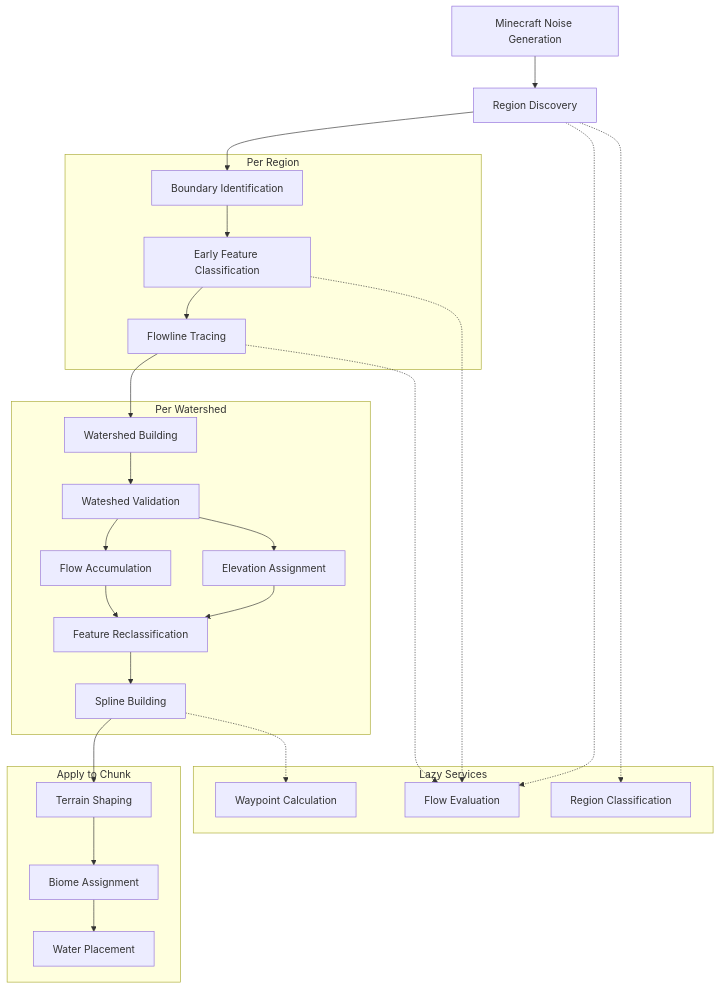
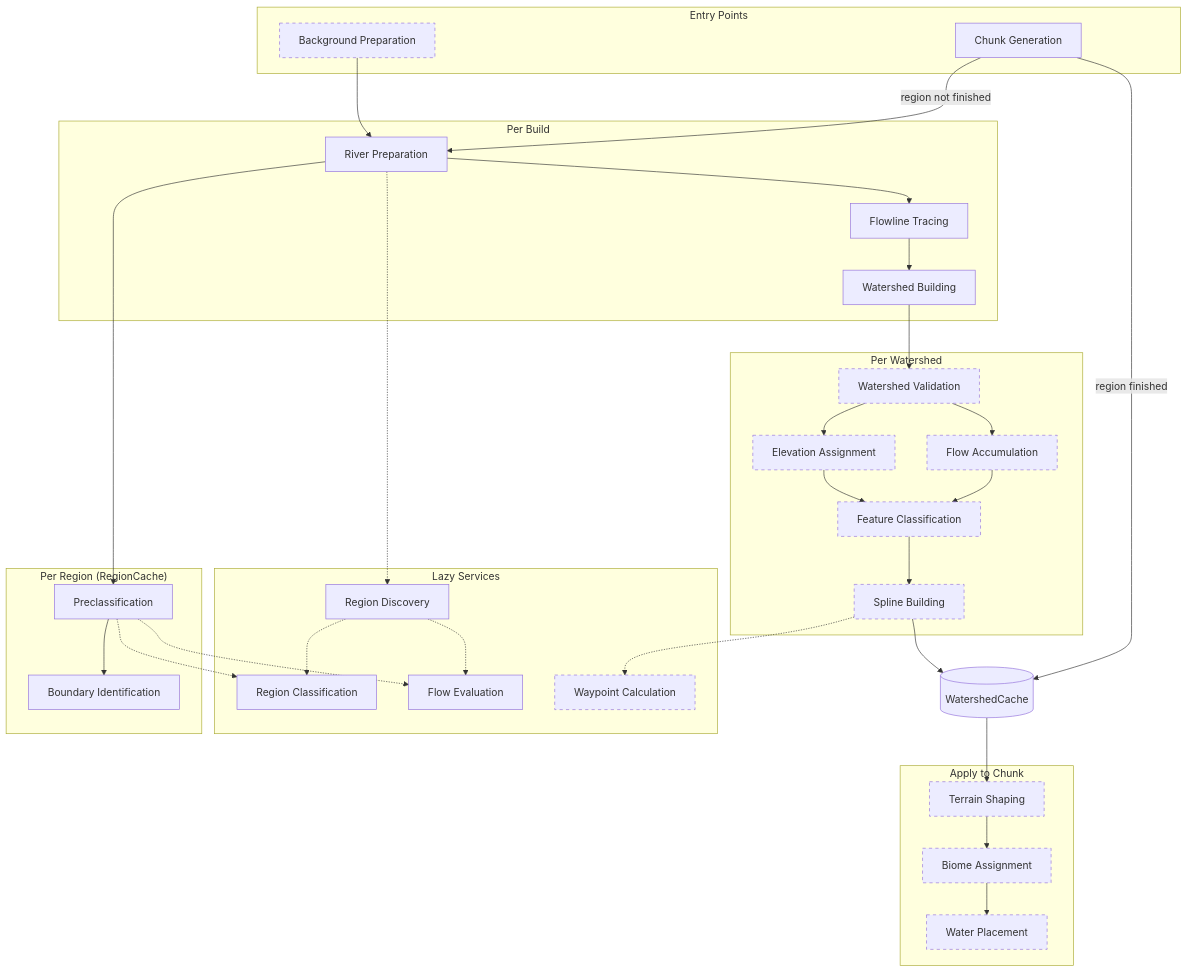
One commit to SoSly/RiverTale changed the first of 22 diagrams in docs/features/rivers/Rough Diagrams.md. Above: the diagram before and after it, drawn with Mermaid. The commit also changed other lines of this file and 33 other files, not shown here.

Commit message:
docs: replace stale feature docs with an accurate rough diagrams map

````diff
--- a/docs/features/rivers/Rough Diagrams.md
+++ b/docs/features/rivers/Rough Diagrams.md
@@ -3,43 +3,56 @@
 ```mermaid
 flowchart TD
-	N[Minecraft Noise Generation]
+	classDef planned stroke-dasharray: 5 5
 
-	D[Region Discovery]
+	subgraph "Entry Points"
+		BP[Background Preparation]:::planned
+		CG[Chunk Generation]
+	end
 
 	subgraph "Lazy Services"
-		WP[Waypoint Calculation]
+		RC[Region Classification]
 		FE[Flow Evaluation]
-		RC[Region Classification]
+		RD[Region Discovery]
+		WP[Waypoint Calculation]:::planned
 	end
 
-	subgraph "Per Region"
-		R1[Boundary Identification] --> R2[Early Feature Classification]
-		R2 --> R3[Flowline Tracing]
+	subgraph "Per Region (RegionCache)"
+		R1[Preclassification] --> R2[Boundary Identification]
+	end
+
+	subgraph "Per Build"
+		B1[River Preparation] --> B2[Flowline Tracing]
+		B2 --> B3[Watershed Building]
 	end
 
 	subgraph "Per Watershed"
-		W1[Watershed Building] --> W2[Wateshed Validation]
-		W2 --> W3a[Elevation Assignment]
-		W2 --> W3b[Flow Accumulation]
-		W3a --> W4[Feature Reclassification]
-		W3b --> W4
-		W4 --> W5[Spline Building]
+		W1[Watershed Validation]:::planned
+		W1 --> W2a[Elevation Assignment]:::planned
+		W1 --> W2b[Flow Accumulation]:::planned
+		W2a --> W3[Feature Classification]:::planned
+		W2b --> W3
+		W3 --> W4[Spline Building]:::planned
 	end
 
+	WC[(WatershedCache)]
+
 	subgraph "Apply to Chunk"
-		C1[Terrain Shaping] --> C2[Biome Assignment]
-		C2 --> C3[Water Placement]
+		C1[Terrain Shaping]:::planned --> C2[Biome Assignment]:::planned
+		C2 --> C3[Water Placement]:::planned
 	end
 
-	N --> D
-	D --> R1
-	R3 --> W1
-	W5 --> C1
+	BP --> B1
+	CG -->|region not finished| B1
+	B1 --> R1
+	B3 --> W1
+	W4 --> WC
+	CG -->|region finished| WC
+	WC --> C1
 
-	D -.-> RC
-	D -.-> FE
-	R2 -.-> FE
-	R3 -.-> FE
-	W5 -.-> WP
-
+	R1 -.-> RC
+	R1 -.-> FE
+	B1 -.-> RD
+	RD -.-> RC
+	RD -.-> FE
+	W4 -.-> WP
 ```
````
